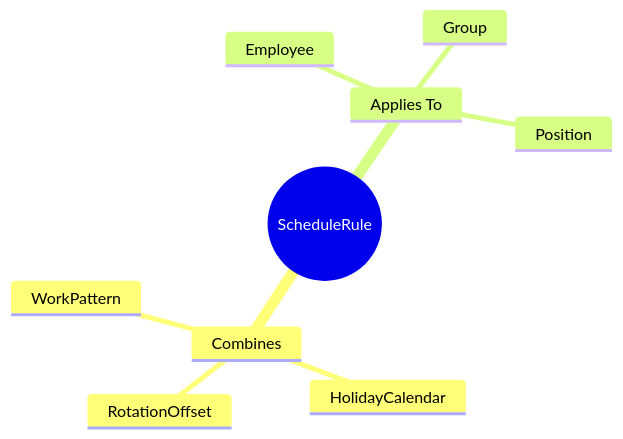
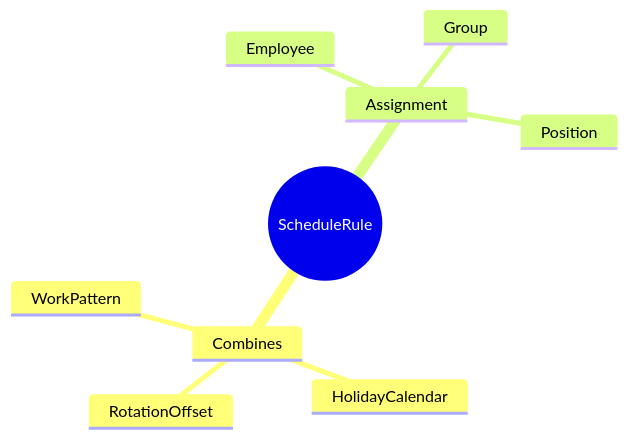
The first of 4 diagrams in docs/01-modules/TA/00-ontology/domain/scheduling/schedule-rule.onto.md (a4b-corporation/xTalent), drawn with Mermaid before and after one commit. The commit also changed other lines of this file and 12 other files, not shown here.

````diff
--- a/docs/01-modules/TA/00-ontology/domain/scheduling/schedule-rule.onto.md
+++ b/docs/01-modules/TA/00-ontology/domain/scheduling/schedule-rule.onto.md
@@ -134,12 +136,12 @@
 ```mermaid
 mindmap
   root((ScheduleRule))
     Combines
       WorkPattern
       HolidayCalendar
       RotationOffset
-    Applies To
+    Assignment
       Employee
       Group
       Position
 ```
````
